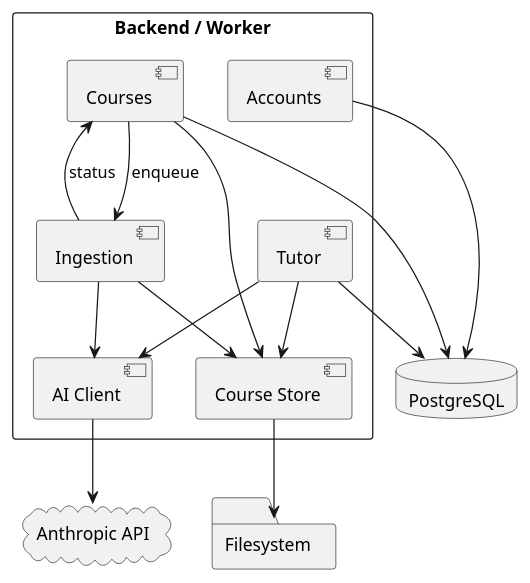
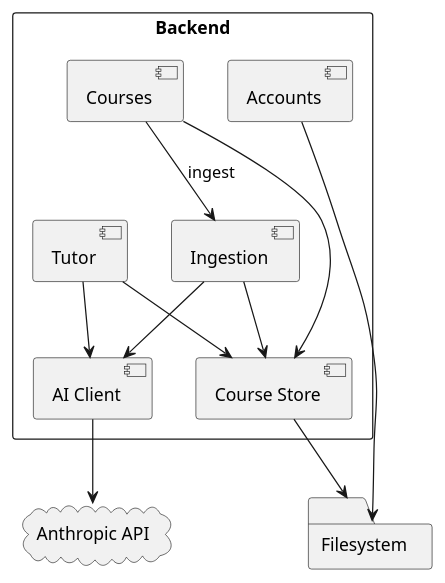
One commit to leon-hrk/iknownothing changed the diagram in docs/arc42/diagrams/building-blocks-level2.puml. Above: the diagram before and after it, drawn with PlantUML. The commit also changed 42 other files, not shown here.

```diff
--- a/docs/arc42/diagrams/building-blocks-level2.puml
+++ b/docs/arc42/diagrams/building-blocks-level2.puml
@@ -1,31 +1,27 @@
 @startuml
 skinparam shadowing false
 skinparam defaultTextAlignment center
 
-rectangle "Backend / Worker" {
+rectangle "Backend" {
   component "Accounts" as accounts
   component "Courses" as courses
   component "Ingestion" as ingestion
   component "Tutor" as tutor
   component "Course Store" as store
   component "AI Client" as aiclient
 }
 
-database "PostgreSQL" as db
 folder "Filesystem" as fs
 cloud "Anthropic API" as ai
 
 courses --> store
-courses --> ingestion : enqueue
-ingestion --> courses : status
+courses --> ingestion : ingest
 ingestion --> store
 ingestion --> aiclient
 tutor --> store
 tutor --> aiclient
 aiclient --> ai
 
-accounts --> db
-courses --> db
-tutor --> db
+accounts --> fs
 store --> fs
 @enduml
```
